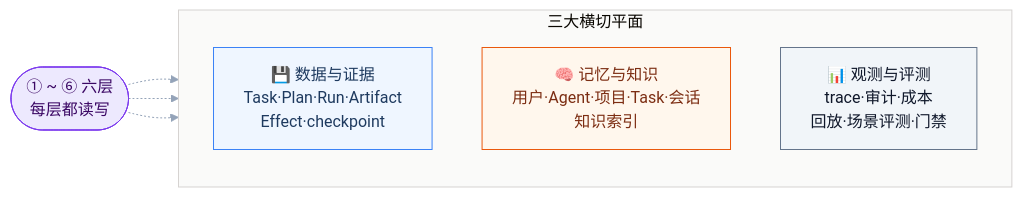
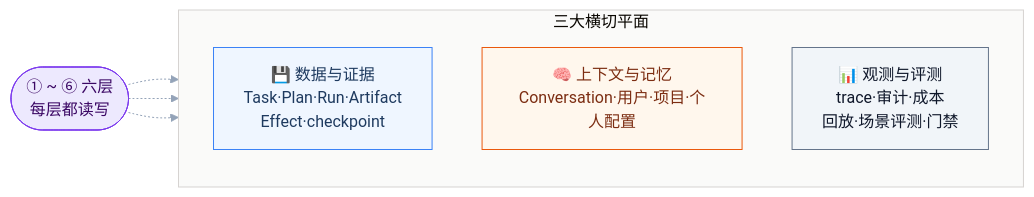
Diagram 13 of 18 in assistant/architecture/architecture.md (ni-shiliu/neil-control), drawn with Mermaid before and after one commit. The commit also changed other lines of this file and 117 other files, not shown here.

````diff
--- a/assistant/architecture/architecture.md
+++ b/assistant/architecture/architecture.md
@@ -401,21 +474,21 @@
 ```mermaid
 %%{init: {'theme':'base','themeVariables':{'primaryTextColor':'#1E1B4B','lineColor':'#94A3B8','fontFamily':'Inter, sans-serif'}}}%%
 flowchart LR
     L(["① ~ ⑥ 六层<br/>每层都读写"]):::layers
     L -.-> S
     L -.-> M
     L -.-> V
 
     subgraph PLANE[三大横切平面]
       direction TB
       S["💾 数据与证据<br/>Task·Plan·Run·Artifact<br/>Effect·checkpoint"]:::data
-      M["🧠 记忆与知识<br/>用户·Agent·项目·Task·会话<br/>知识索引"]:::mem
+      M["🧠 上下文与记忆<br/>Conversation·用户·项目·个人配置"]:::mem
       V["📊 观测与评测<br/>trace·审计·成本<br/>回放·场景评测·门禁"]:::obs
     end
 
     classDef layers fill:#EDE9FE,stroke:#7C3AED,color:#3B0764;
     classDef data fill:#EFF6FF,stroke:#3B82F6,color:#1E3A5F;
     classDef mem fill:#FFF7ED,stroke:#EA580C,color:#7C2D12;
     classDef obs fill:#F1F5F9,stroke:#64748B,color:#0F172A;
     style PLANE fill:#FAFAF9,stroke:#D6D3D1;
 ```
````
